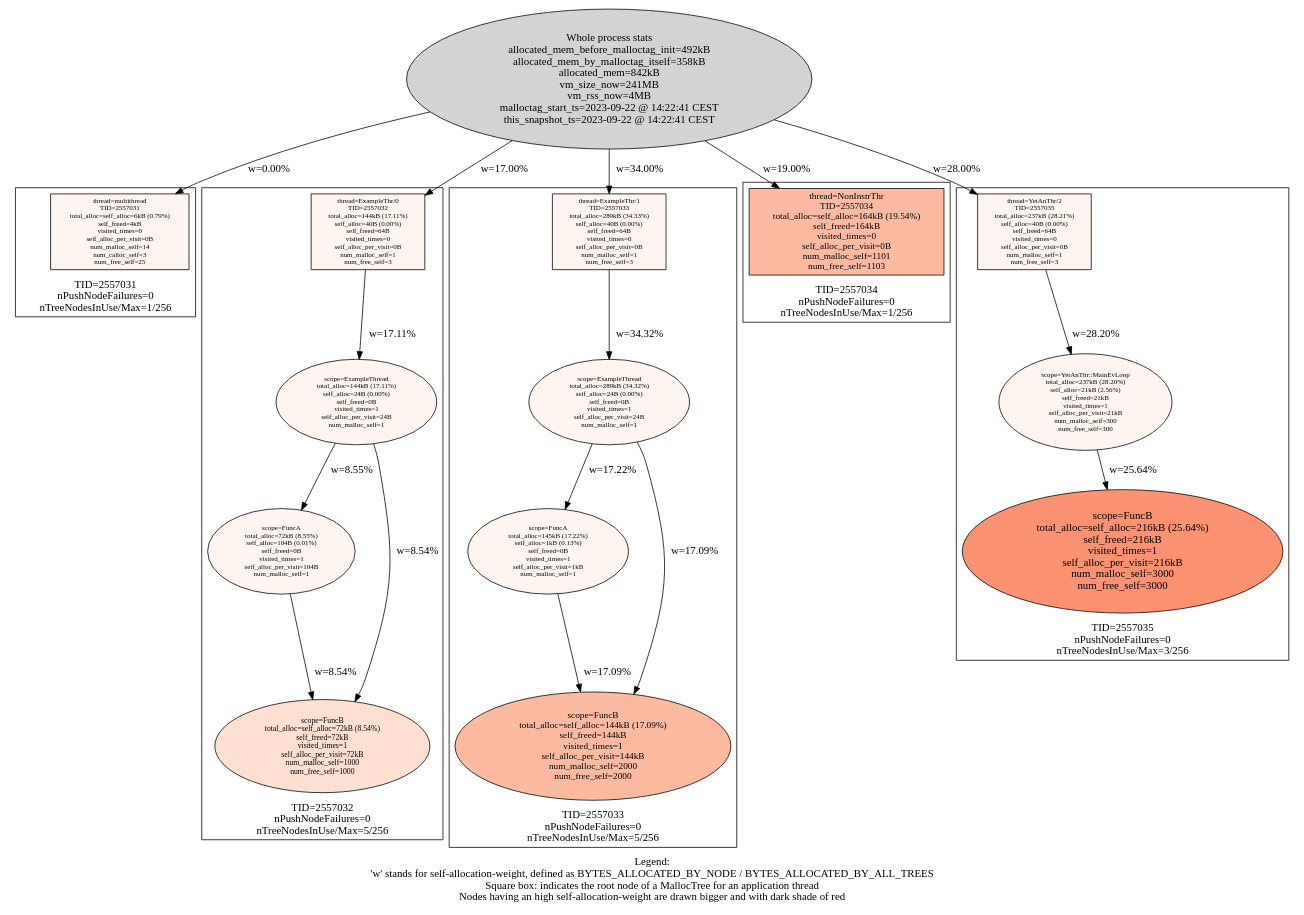
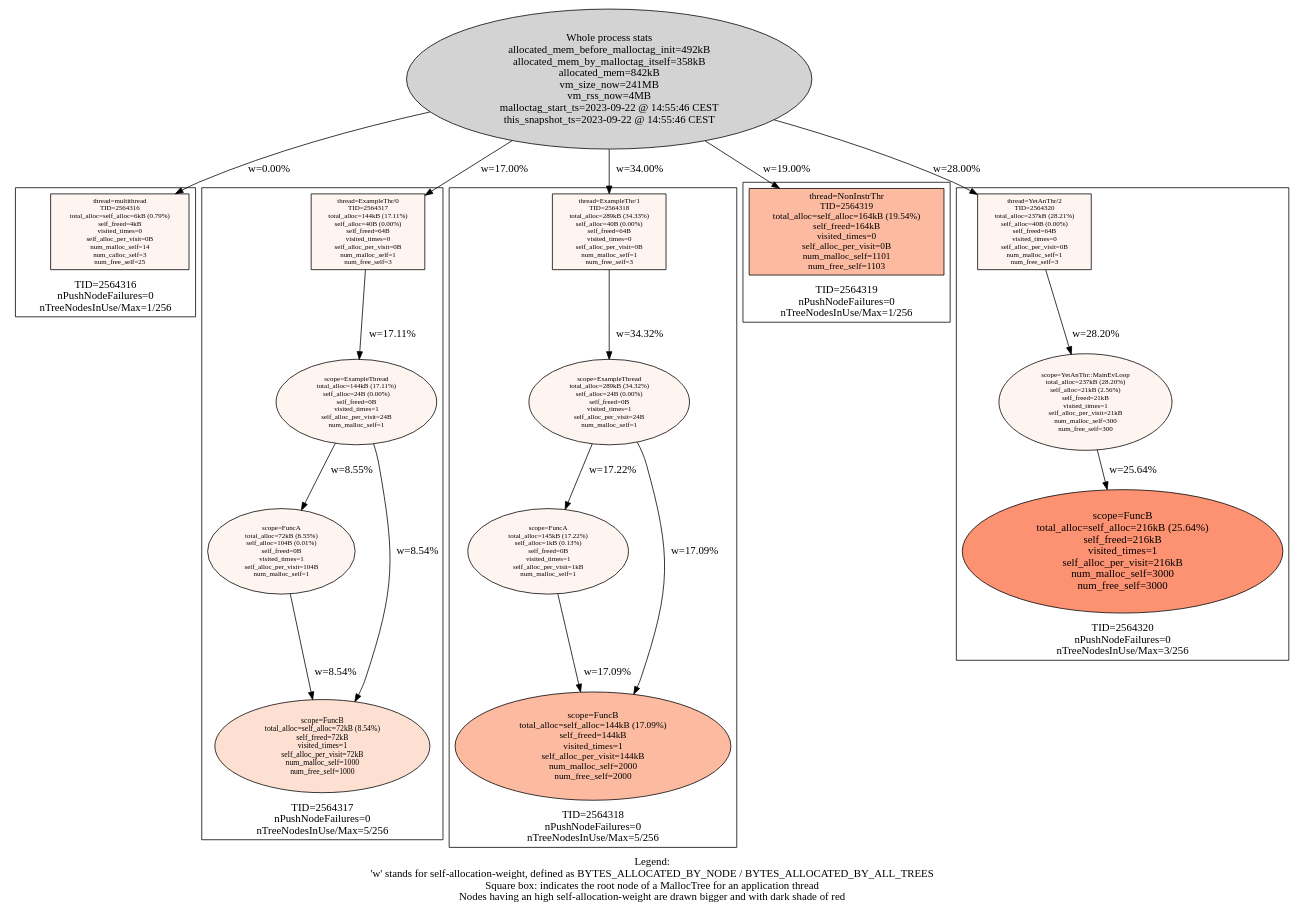
One commit to f18m/malloc-tag changed the diagram in examples/multithread/multithread_stats.dot. Above: the diagram before and after it, drawn with Graphviz. The commit also changed 8 other files, not shown here.

```diff
--- a/examples/multithread/multithread_stats.dot
+++ b/examples/multithread/multithread_stats.dot
@@ -1,82 +1,82 @@
 digraph AllMallocTrees {
  node [colorscheme=reds9 style=filled]
-  "Process 2557031" [label="Whole process stats\nallocated_mem_before_malloctag_init=492kB\nallocated_mem_by_malloctag_itself=358kB\nallocated_mem=842kB\nvm_size_now=241MB\nvm_rss_now=4MB\nmalloctag_start_ts=2023-09-22 @ 14:22:41 CEST\nthis_snapshot_ts=2023-09-22 @ 14:22:41 CEST\n"
+  "Process 2564316" [label="Whole process stats\nallocated_mem_before_malloctag_init=492kB\nallocated_mem_by_malloctag_itself=358kB\nallocated_mem=842kB\nvm_size_now=241MB\nvm_rss_now=4MB\nmalloctag_start_ts=2023-09-22 @ 14:55:46 CEST\nthis_snapshot_ts=2023-09-22 @ 14:55:46 CEST\n"
 ]
- subgraph cluster_TID2557031 {
+ subgraph cluster_TID2564316 {
   node [colorscheme=reds9 style=filled]
   labelloc="b"
-  label="TID=2557031\nnPushNodeFailures=0\nnTreeNodesInUse/Max=1/256\n"
-  "2557031_multithread" [label="thread=multithread\nTID=2557031\ntotal_alloc=self_alloc=6kB (0.79%)\nself_freed=4kB\nvisited_times=0\nself_alloc_per_visit=0B\nnum_malloc_self=14\nnum_calloc_self=3\nnum_free_self=25\n"
+  label="TID=2564316\nnPushNodeFailures=0\nnTreeNodesInUse/Max=1/256\n"
+  "2564316_multithread" [label="thread=multithread\nTID=2564316\ntotal_alloc=self_alloc=6kB (0.79%)\nself_freed=4kB\nvisited_times=0\nself_alloc_per_visit=0B\nnum_malloc_self=14\nnum_calloc_self=3\nnum_free_self=25\n"
  shape=box fillcolor=1 fontsize=9]
  }
 
-  "Process 2557031" -> "2557031_multithread" [label="w=0.00%"]
- subgraph cluster_TID2557032 {
+  "Process 2564316" -> "2564316_multithread" [label="w=0.00%"]
+ subgraph cluster_TID2564317 {
   node [colorscheme=reds9 style=filled]
   labelloc="b"
-  label="TID=2557032\nnPushNodeFailures=0\nnTreeNodesInUse/Max=5/256\n"
-  "2557032_ExampleThr/0" [label="thread=ExampleThr/0\nTID=2557032\ntotal_alloc=144kB (17.11%)\nself_alloc=40B (0.00%)\nself_freed=64B\nvisited_times=0\nself_alloc_per_visit=0B\nnum_malloc_self=1\nnum_free_self=3\n"
+  label="TID=2564317\nnPushNodeFailures=0\nnTreeNodesInUse/Max=5/256\n"
+  "2564317_ExampleThr/0" [label="thread=ExampleThr/0\nTID=2564317\ntotal_alloc=144kB (17.11%)\nself_alloc=40B (0.00%)\nself_freed=64B\nvisited_times=0\nself_alloc_per_visit=0B\nnum_malloc_self=1\nnum_free_self=3\n"
  shape=box fillcolor=1 fontsize=9]
-  "2557032_ExampleThr/0" -> "2557032_ExampleThread" [label="w=17.11%"]
-  "2557032_ExampleThread" [label="scope=ExampleThread\ntotal_alloc=144kB (17.11%)\nself_alloc=24B (0.00%)\nself_freed=0B\nvisited_times=1\nself_alloc_per_visit=24B\nnum_malloc_self=1\n"
+  "2564317_ExampleThr/0" -> "2564317_ExampleThread" [label="w=17.11%"]
+  "2564317_ExampleThread" [label="scope=ExampleThread\ntotal_alloc=144kB (17.11%)\nself_alloc=24B (0.00%)\nself_freed=0B\nvisited_times=1\nself_alloc_per_visit=24B\nnum_malloc_self=1\n"
  fillcolor=1 fontsize=9]
-  "2557032_ExampleThread" -> "2557032_FuncA" [label="w=8.55%"]
-  "2557032_ExampleThread" -> "2557032_FuncB" [label="w=8.54%"]
-  "2557032_FuncA" [label="scope=FuncA\ntotal_alloc=72kB (8.55%)\nself_alloc=104B (0.01%)\nself_freed=0B\nvisited_times=1\nself_alloc_per_visit=104B\nnum_malloc_self=1\n"
+  "2564317_ExampleThread" -> "2564317_FuncA" [label="w=8.55%"]
+  "2564317_ExampleThread" -> "2564317_FuncB" [label="w=8.54%"]
+  "2564317_FuncA" [label="scope=FuncA\ntotal_alloc=72kB (8.55%)\nself_alloc=104B (0.01%)\nself_freed=0B\nvisited_times=1\nself_alloc_per_visit=104B\nnum_malloc_self=1\n"
  fillcolor=1 fontsize=9]
-  "2557032_FuncA" -> "2557032_FuncB" [label="w=8.54%"]
-  "2557032_FuncB" [label="scope=FuncB\ntotal_alloc=self_alloc=72kB (8.54%)\nself_freed=72kB\nvisited_times=1\nself_alloc_per_visit=72kB\nnum_malloc_self=1000\nnum_free_self=1000\n"
+  "2564317_FuncA" -> "2564317_FuncB" [label="w=8.54%"]
+  "2564317_FuncB" [label="scope=FuncB\ntotal_alloc=self_alloc=72kB (8.54%)\nself_freed=72kB\nvisited_times=1\nself_alloc_per_visit=72kB\nnum_malloc_self=1000\nnum_free_self=1000\n"
  fillcolor=2 fontsize=10]
-  "2557032_FuncB" [label="scope=FuncB\ntotal_alloc=self_alloc=72kB (8.54%)\nself_freed=72kB\nvisited_times=1\nself_alloc_per_visit=72kB\nnum_malloc_self=1000\nnum_free_self=1000\n"
+  "2564317_FuncB" [label="scope=FuncB\ntotal_alloc=self_alloc=72kB (8.54%)\nself_freed=72kB\nvisited_times=1\nself_alloc_per_visit=72kB\nnum_malloc_self=1000\nnum_free_self=1000\n"
  fillcolor=2 fontsize=10]
  }
 
-  "Process 2557031" -> "2557032_ExampleThr/0" [label="w=17.00%"]
- subgraph cluster_TID2557033 {
+  "Process 2564316" -> "2564317_ExampleThr/0" [label="w=17.00%"]
+ subgraph cluster_TID2564318 {
   node [colorscheme=reds9 style=filled]
   labelloc="b"
-  label="TID=2557033\nnPushNodeFailures=0\nnTreeNodesInUse/Max=5/256\n"
-  "2557033_ExampleThr/1" [label="thread=ExampleThr/1\nTID=2557033\ntotal_alloc=289kB (34.33%)\nself_alloc=40B (0.00%)\nself_freed=64B\nvisited_times=0\nself_alloc_per_visit=0B\nnum_malloc_self=1\nnum_free_self=3\n"
+  label="TID=2564318\nnPushNodeFailures=0\nnTreeNodesInUse/Max=5/256\n"
+  "2564318_ExampleThr/1" [label="thread=ExampleThr/1\nTID=2564318\ntotal_alloc=289kB (34.33%)\nself_alloc=40B (0.00%)\nself_freed=64B\nvisited_times=0\nself_alloc_per_visit=0B\nnum_malloc_self=1\nnum_free_self=3\n"
  shape=box fillcolor=1 fontsize=9]
-  "2557033_ExampleThr/1" -> "2557033_ExampleThread" [label="w=34.32%"]
-  "2557033_ExampleThread" [label="scope=ExampleThread\ntotal_alloc=289kB (34.32%)\nself_alloc=24B (0.00%)\nself_freed=0B\nvisited_times=1\nself_alloc_per_visit=24B\nnum_malloc_self=1\n"
+  "2564318_ExampleThr/1" -> "2564318_ExampleThread" [label="w=34.32%"]
+  "2564318_ExampleThread" [label="scope=ExampleThread\ntotal_alloc=289kB (34.32%)\nself_alloc=24B (0.00%)\nself_freed=0B\nvisited_times=1\nself_alloc_per_visit=24B\nnum_malloc_self=1\n"
  fillcolor=1 fontsize=9]
-  "2557033_ExampleThread" -> "2557033_FuncA" [label="w=17.22%"]
-  "2557033_ExampleThread" -> "2557033_FuncB" [label="w=17.09%"]
-  "2557033_FuncA" [label="scope=FuncA\ntotal_alloc=145kB (17.22%)\nself_alloc=1kB (0.13%)\nself_freed=0B\nvisited_times=1\nself_alloc_per_visit=1kB\nnum_malloc_self=1\n"
+  "2564318_ExampleThread" -> "2564318_FuncA" [label="w=17.22%"]
+  "2564318_ExampleThread" -> "2564318_FuncB" [label="w=17.09%"]
+  "2564318_FuncA" [label="scope=FuncA\ntotal_alloc=145kB (17.22%)\nself_alloc=1kB (0.13%)\nself_freed=0B\nvisited_times=1\nself_alloc_per_visit=1kB\nnum_malloc_self=1\n"
  fillcolor=1 fontsize=9]
-  "2557033_FuncA" -> "2557033_FuncB" [label="w=17.09%"]
-  "2557033_FuncB" [label="scope=FuncB\ntotal_alloc=self_alloc=144kB (17.09%)\nself_freed=144kB\nvisited_times=1\nself_alloc_per_visit=144kB\nnum_malloc_self=2000\nnum_free_self=2000\n"
+  "2564318_FuncA" -> "2564318_FuncB" [label="w=17.09%"]
+  "2564318_FuncB" [label="scope=FuncB\ntotal_alloc=self_alloc=144kB (17.09%)\nself_freed=144kB\nvisited_times=1\nself_alloc_per_visit=144kB\nnum_malloc_self=2000\nnum_free_self=2000\n"
  fillcolor=3 fontsize=12]
-  "2557033_FuncB" [label="scope=FuncB\ntotal_alloc=self_alloc=144kB (17.09%)\nself_freed=144kB\nvisited_times=1\nself_alloc_per_visit=144kB\nnum_malloc_self=2000\nnum_free_self=2000\n"
+  "2564318_FuncB" [label="scope=FuncB\ntotal_alloc=self_alloc=144kB (17.09%)\nself_freed=144kB\nvisited_times=1\nself_alloc_per_visit=144kB\nnum_malloc_self=2000\nnum_free_self=2000\n"
  fillcolor=3 fontsize=12]
  }
 
-  "Process 2557031" -> "2557033_ExampleThr/1" [label="w=34.00%"]
- subgraph cluster_TID2557034 {
+  "Process 2564316" -> "2564318_ExampleThr/1" [label="w=34.00%"]
+ subgraph cluster_TID2564319 {
   node [colorscheme=reds9 style=filled]
   labelloc="b"
-  label="TID=2557034\nnPushNodeFailures=0\nnTreeNodesInUse/Max=1/256\n"
-  "2557034_NonInstrThr" [label="thread=NonInstrThr\nTID=2557034\ntotal_alloc=self_alloc=164kB (19.54%)\nself_freed=164kB\nvisited_times=0\nself_alloc_per_visit=0B\nnum_malloc_self=1101\nnum_free_self=1103\n"
+  label="TID=2564319\nnPushNodeFailures=0\nnTreeNodesInUse/Max=1/256\n"
+  "2564319_NonInstrThr" [label="thread=NonInstrThr\nTID=2564319\ntotal_alloc=self_alloc=164kB (19.54%)\nself_freed=164kB\nvisited_times=0\nself_alloc_per_visit=0B\nnum_malloc_self=1101\nnum_free_self=1103\n"
  shape=box fillcolor=3 fontsize=12]
  }
 
-  "Process 2557031" -> "2557034_NonInstrThr" [label="w=19.00%"]
- subgraph cluster_TID2557035 {
+  "Process 2564316" -> "2564319_NonInstrThr" [label="w=19.00%"]
+ subgraph cluster_TID2564320 {
   node [colorscheme=reds9 style=filled]
   labelloc="b"
-  label="TID=2557035\nnPushNodeFailures=0\nnTreeNodesInUse/Max=3/256\n"
-  "2557035_YetAnThr/2" [label="thread=YetAnThr/2\nTID=2557035\ntotal_alloc=237kB (28.21%)\nself_alloc=40B (0.00%)\nself_freed=64B\nvisited_times=0\nself_alloc_per_visit=0B\nnum_malloc_self=1\nnum_free_self=3\n"
+  label="TID=2564320\nnPushNodeFailures=0\nnTreeNodesInUse/Max=3/256\n"
+  "2564320_YetAnThr/2" [label="thread=YetAnThr/2\nTID=2564320\ntotal_alloc=237kB (28.21%)\nself_alloc=40B (0.00%)\nself_freed=64B\nvisited_times=0\nself_alloc_per_visit=0B\nnum_malloc_self=1\nnum_free_self=3\n"
  shape=box fillcolor=1 fontsize=9]
-  "2557035_YetAnThr/2" -> "2557035_YetAnThr::MainEvLoop" [label="w=28.20%"]
-  "2557035_YetAnThr::MainEvLoop" [label="scope=YetAnThr::MainEvLoop\ntotal_alloc=237kB (28.20%)\nself_alloc=21kB (2.56%)\nself_freed=21kB\nvisited_times=1\nself_alloc_per_visit=21kB\nnum_malloc_self=300\nnum_free_self=300\n"
+  "2564320_YetAnThr/2" -> "2564320_YetAnThr::MainEvLoop" [label="w=28.20%"]
+  "2564320_YetAnThr::MainEvLoop" [label="scope=YetAnThr::MainEvLoop\ntotal_alloc=237kB (28.20%)\nself_alloc=21kB (2.56%)\nself_freed=21kB\nvisited_times=1\nself_alloc_per_visit=21kB\nnum_malloc_self=300\nnum_free_self=300\n"
  fillcolor=1 fontsize=9]
-  "2557035_YetAnThr::MainEvLoop" -> "2557035_FuncB" [label="w=25.64%"]
-  "2557035_FuncB" [label="scope=FuncB\ntotal_alloc=self_alloc=216kB (25.64%)\nself_freed=216kB\nvisited_times=1\nself_alloc_per_visit=216kB\nnum_malloc_self=3000\nnum_free_self=3000\n"
+  "2564320_YetAnThr::MainEvLoop" -> "2564320_FuncB" [label="w=25.64%"]
+  "2564320_FuncB" [label="scope=FuncB\ntotal_alloc=self_alloc=216kB (25.64%)\nself_freed=216kB\nvisited_times=1\nself_alloc_per_visit=216kB\nnum_malloc_self=3000\nnum_free_self=3000\n"
  fillcolor=4 fontsize=14]
  }
 
-  "Process 2557031" -> "2557035_YetAnThr/2" [label="w=28.00%"]
+  "Process 2564316" -> "2564320_YetAnThr/2" [label="w=28.00%"]
  labelloc="b"
  label="Legend:\n'w' stands for self-allocation-weight, defined as BYTES_ALLOCATED_BY_NODE / BYTES_ALLOCATED_BY_ALL_TREES\nSquare box: indicates the root node of a MallocTree for an application thread\nNodes having an high self-allocation-weight are drawn bigger and with dark shade of red\n"
 }
```
